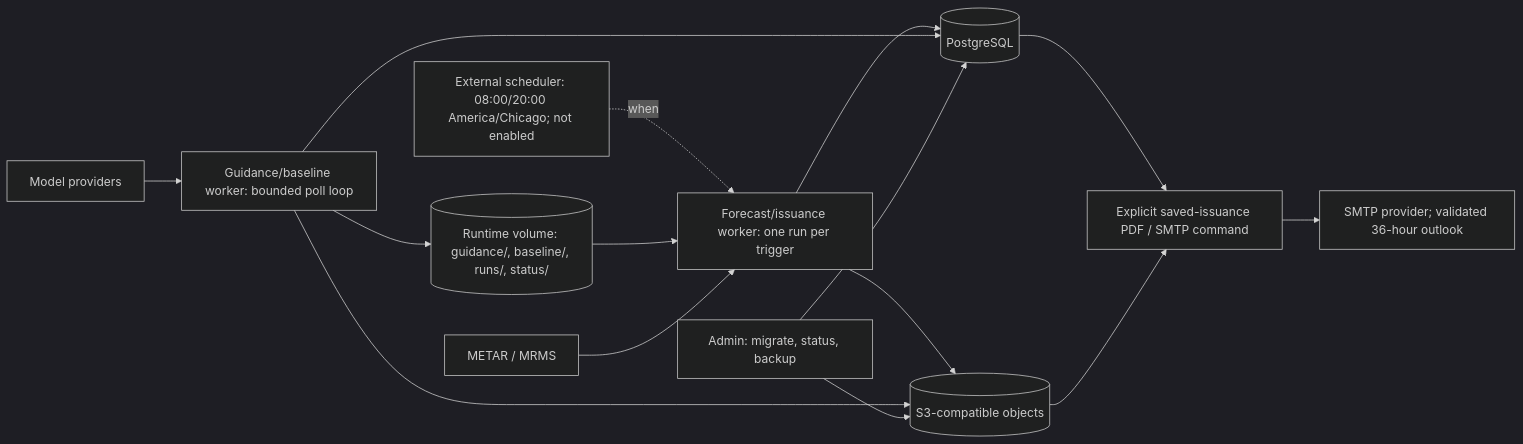
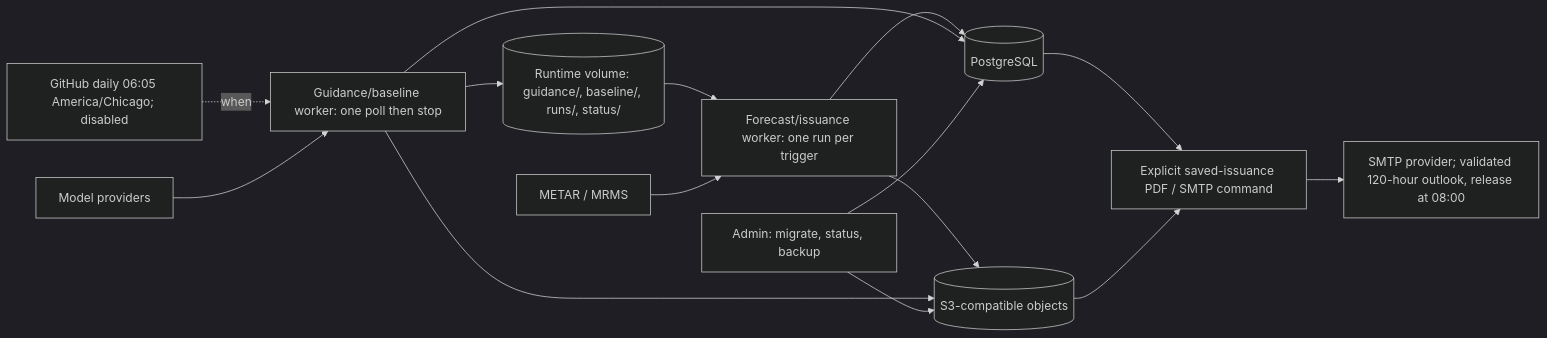
Before and after one commit to Tony-Ingle/mesoforge: the third of 3 diagrams in ARCHITECTURE.md, drawn with Mermaid (dark theme). The commit also changed other lines of this file and 23 other files, not shown here.

````diff
--- a/ARCHITECTURE.md
+++ b/ARCHITECTURE.md
@@ -1258,17 +1258,17 @@
 ```mermaid
 flowchart LR
-    X[External scheduler: 08:00/20:00 America/Chicago; not enabled] -. when .-> F
-    P[Model providers] --> G[Guidance/baseline worker: bounded poll loop]
+    X[GitHub daily 06:05 America/Chicago; disabled] -. when .-> G
+    P[Model providers] --> G[Guidance/baseline worker: one poll then stop]
     G --> R[(Runtime volume: guidance/, baseline/, runs/, status/)]
     R --> F[Forecast/issuance worker: one run per trigger]
     O[METAR / MRMS] --> F
     F --> DB[(PostgreSQL)]
     F --> S3[(S3-compatible objects)]
     G --> DB
     G --> S3
     A[Admin: migrate, status, backup] --> DB
     A --> S3
     DB --> D[Explicit saved-issuance PDF / SMTP command]
     S3 --> D
-    D --> E[SMTP provider; validated 36-hour outlook]
+    D --> E[SMTP provider; validated 120-hour outlook, release at 08:00]
 ```
````
